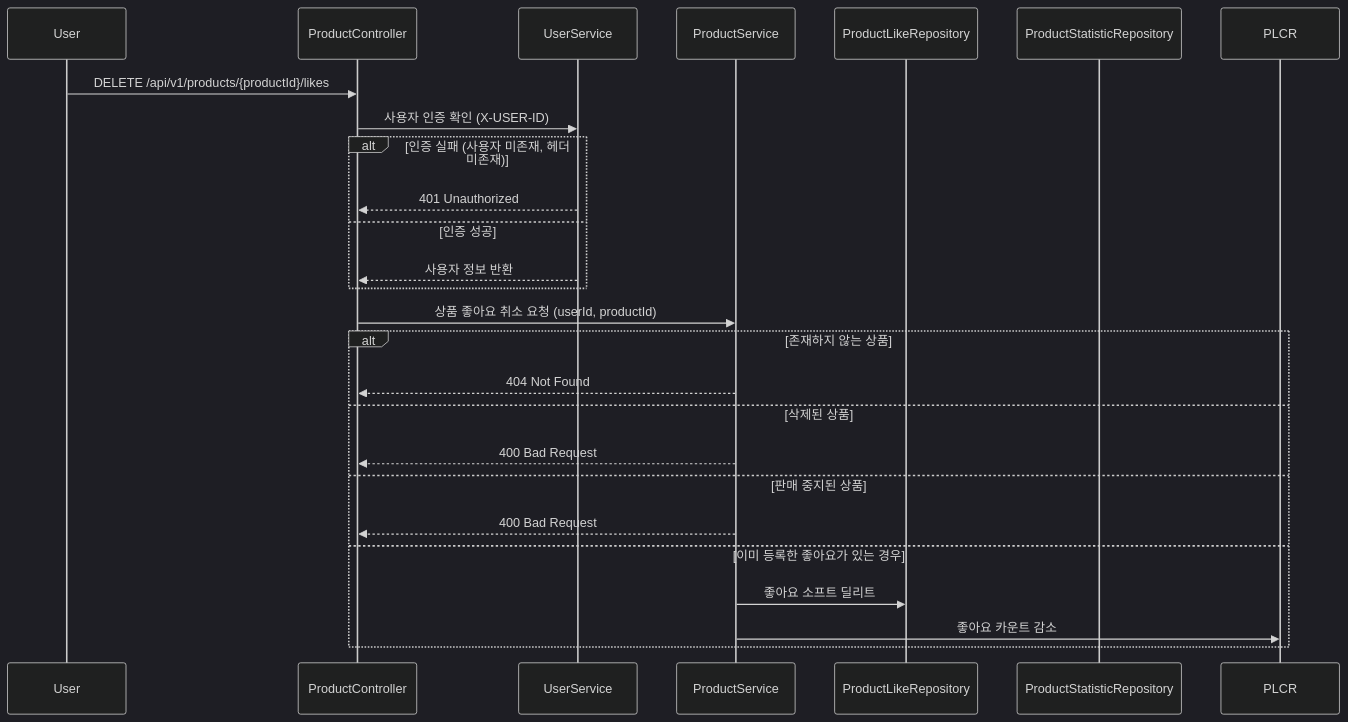
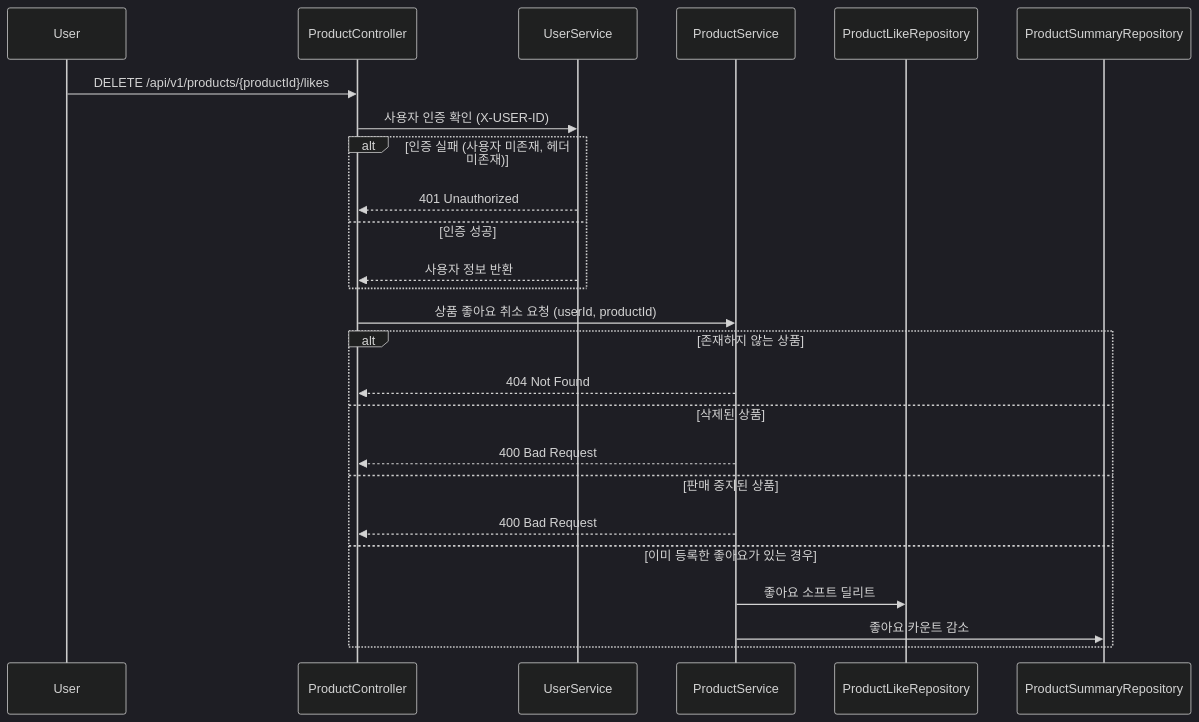
One commit to DuhanMo/emotional-commerce changed the fifth of 7 diagrams in docs/design/02-sequence-diagrams.md. Above: the diagram before and after it, drawn with Mermaid (dark theme). The commit also changed other lines of this file, not shown here.

Commit message:
fix: 시퀀스 다이어그램 수정 - product_like_count -> product_summary

````diff
--- a/docs/design/02-sequence-diagrams.md
+++ b/docs/design/02-sequence-diagrams.md
@@ -100,32 +100,32 @@
 ```mermaid
 sequenceDiagram
 	participant U as User
 	participant PC as ProductController
 	participant US as UserService
 	participant PS as ProductService
 	
 	participant PLR as ProductLikeRepository
-	participant PSR as ProductStatisticRepository
+	participant PSR as ProductSummaryRepository
 
 	U->>PC: DELETE /api/v1/products/{productId}/likes
 	
 	PC->>US: 사용자 인증 확인 (X-USER-ID)
 	alt 인증 실패 (사용자 미존재, 헤더 미존재)
 		US-->>PC: 401 Unauthorized
 	else 인증 성공
 		US-->>PC: 사용자 정보 반환
 	end
 	
 	PC->>PS: 상품 좋아요 취소 요청 (userId, productId)
 	alt 존재하지 않는 상품
 		PS-->>PC: 404 Not Found
 	else 삭제된 상품
 		PS-->>PC: 400 Bad Request
 	else 판매 중지된 상품
 		PS-->>PC: 400 Bad Request
 	else 이미 등록한 좋아요가 있는 경우		
 		PS->>PLR: 좋아요 소프트 딜리트
-		PS->>PLCR: 좋아요 카운트 감소
+		PS->>PSR: 좋아요 카운트 감소
 	end
 
 ```
````
